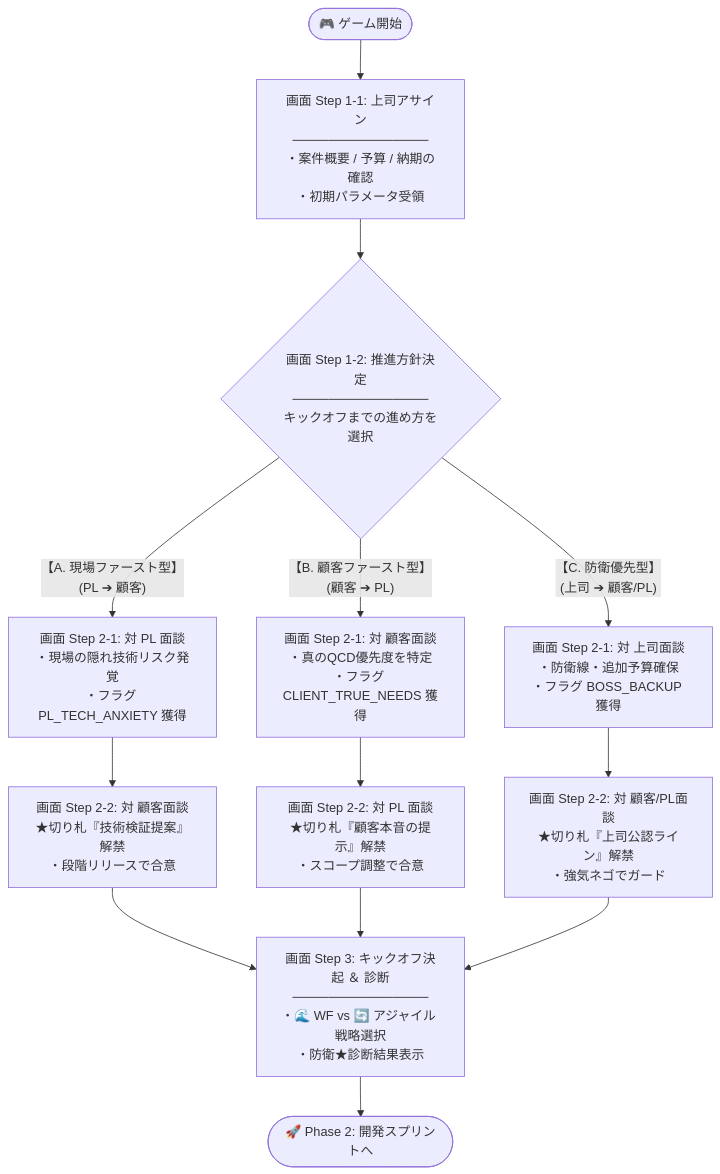
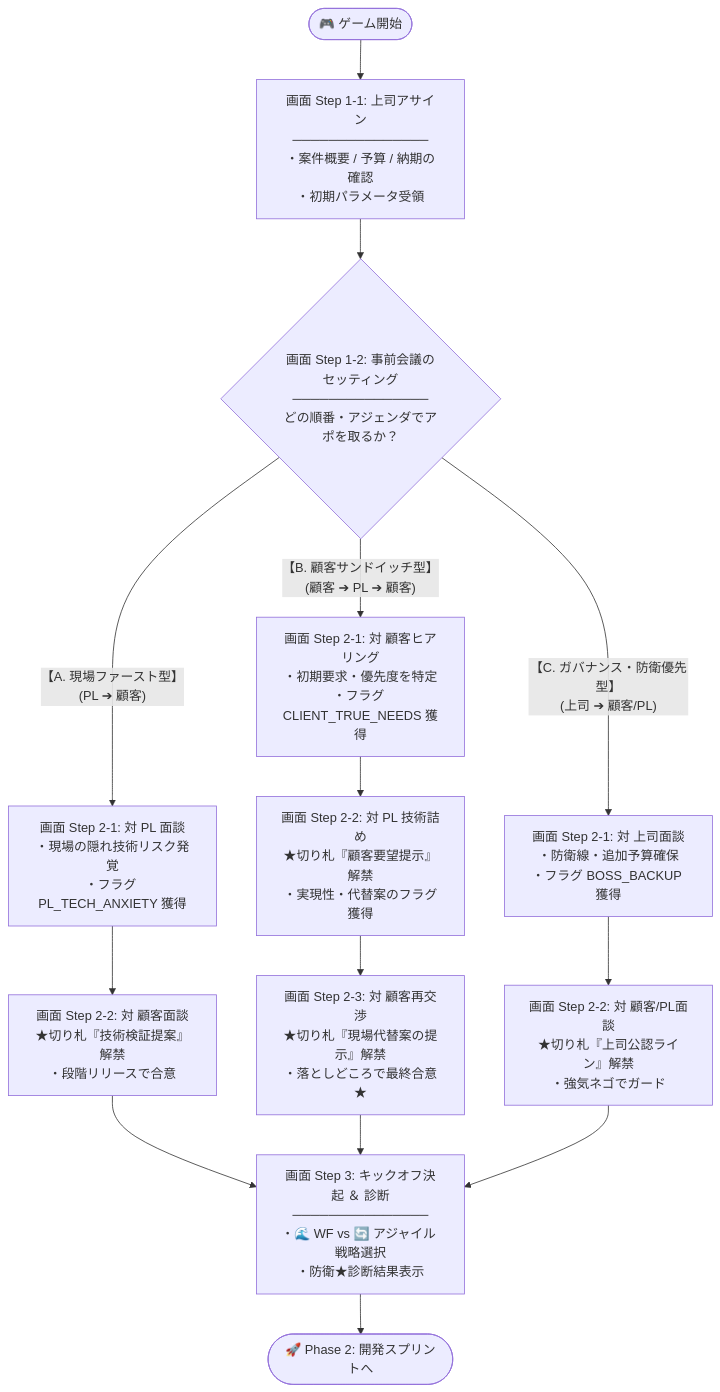
One commit to asabon/pm-simulator changed the first of 3 diagrams in docs/spec/phase1_kickoff.md. Above: the diagram before and after it, drawn with Mermaid. The commit also changed other lines of this file, not shown here.

````diff
--- a/docs/spec/phase1_kickoff.md
+++ b/docs/spec/phase1_kickoff.md
@@ -12,25 +12,26 @@
 ```mermaid
 flowchart TD
     START([🎮 ゲーム開始]) --> S1_1["画面 Step 1-1: 上司アサイン<br>───────────────<br>・案件概要 / 予算 / 納期の確認<br>・初期パラメータ受領"]
     
-    S1_1 --> S1_2{"画面 Step 1-2: 推進方針決定<br>───────────────<br>キックオフまでの進め方を選択"}
+    S1_1 --> S1_2{"画面 Step 1-2: 事前会議のセッティング<br>───────────────<br>どの順番・アジェンダでアポを取るか？"}
 
-    %% 分岐ルート A
+    %% 分岐ルート A: 現場ファースト型
     S1_2 -->|"【A. 現場ファースト型】<br>(PL ➔ 顧客)"| ROUTE_A_1["画面 Step 2-1: 対 PL 面談<br>・現場の隠れ技術リスク発覚<br>・フラグ PL_TECH_ANXIETY 獲得"]
     ROUTE_A_1 --> ROUTE_A_2["画面 Step 2-2: 対 顧客面談<br>★切り札『技術検証提案』解禁<br>・段階リリースで合意"]
 
-    %% 分岐ルート B
-    S1_2 -->|"【B. 顧客ファースト型】<br>(顧客 ➔ PL)"| ROUTE_B_1["画面 Step 2-1: 対 顧客面談<br>・真のQCD優先度を特定<br>・フラグ CLIENT_TRUE_NEEDS 獲得"]
-    ROUTE_B_1 --> ROUTE_B_2["画面 Step 2-2: 対 PL 面談<br>★切り札『顧客本音の提示』解禁<br>・スコープ調整で合意"]
+    %% 分岐ルート B: 顧客サンドイッチ型 (キャッチボール型)
+    S1_2 -->|"【B. 顧客サンドイッチ型】<br>(顧客 ➔ PL ➔ 顧客)"| ROUTE_B_1["画面 Step 2-1: 対 顧客ヒアリング<br>・初期要求・優先度を特定<br>・フラグ CLIENT_TRUE_NEEDS 獲得"]
+    ROUTE_B_1 --> ROUTE_B_2["画面 Step 2-2: 対 PL 技術詰め<br>★切り札『顧客要望提示』解禁<br>・実現性・代替案のフラグ獲得"]
+    ROUTE_B_2 --> ROUTE_B_3["画面 Step 2-3: 対 顧客再交渉<br>★切り札『現場代替案の提示』解禁<br>・落としどころで最終合意★"]
 
-    %% 分岐ルート C
-    S1_2 -->|"【C. 防衛優先型】<br>(上司 ➔ 顧客/PL)"| ROUTE_C_1["画面 Step 2-1: 対 上司面談<br>・防衛線・追加予算確保<br>・フラグ BOSS_BACKUP 獲得"]
+    %% 分岐ルート C: ガバナンス・防衛優先型
+    S1_2 -->|"【C. ガバナンス・防衛優先型】<br>(上司 ➔ 顧客/PL)"| ROUTE_C_1["画面 Step 2-1: 対 上司面談<br>・防衛線・追加予算確保<br>・フラグ BOSS_BACKUP 獲得"]
     ROUTE_C_1 --> ROUTE_C_2["画面 Step 2-2: 対 顧客/PL面談<br>★切り札『上司公認ライン』解禁<br>・強気ネゴでガード"]
 
     %% 共通収束
     ROUTE_A_2 --> S3["画面 Step 3: キックオフ決起 ＆ 診断<br>───────────────<br>・🌊 WF vs 🔄 アジャイル 戦略選択<br>・防衛★診断結果表示"]
-    ROUTE_B_2 --> S3
+    ROUTE_B_3 --> S3
     ROUTE_C_2 --> S3
 
     S3 --> NEXT([🚀 Phase 2: 開発スプリントへ])
 ```
````
